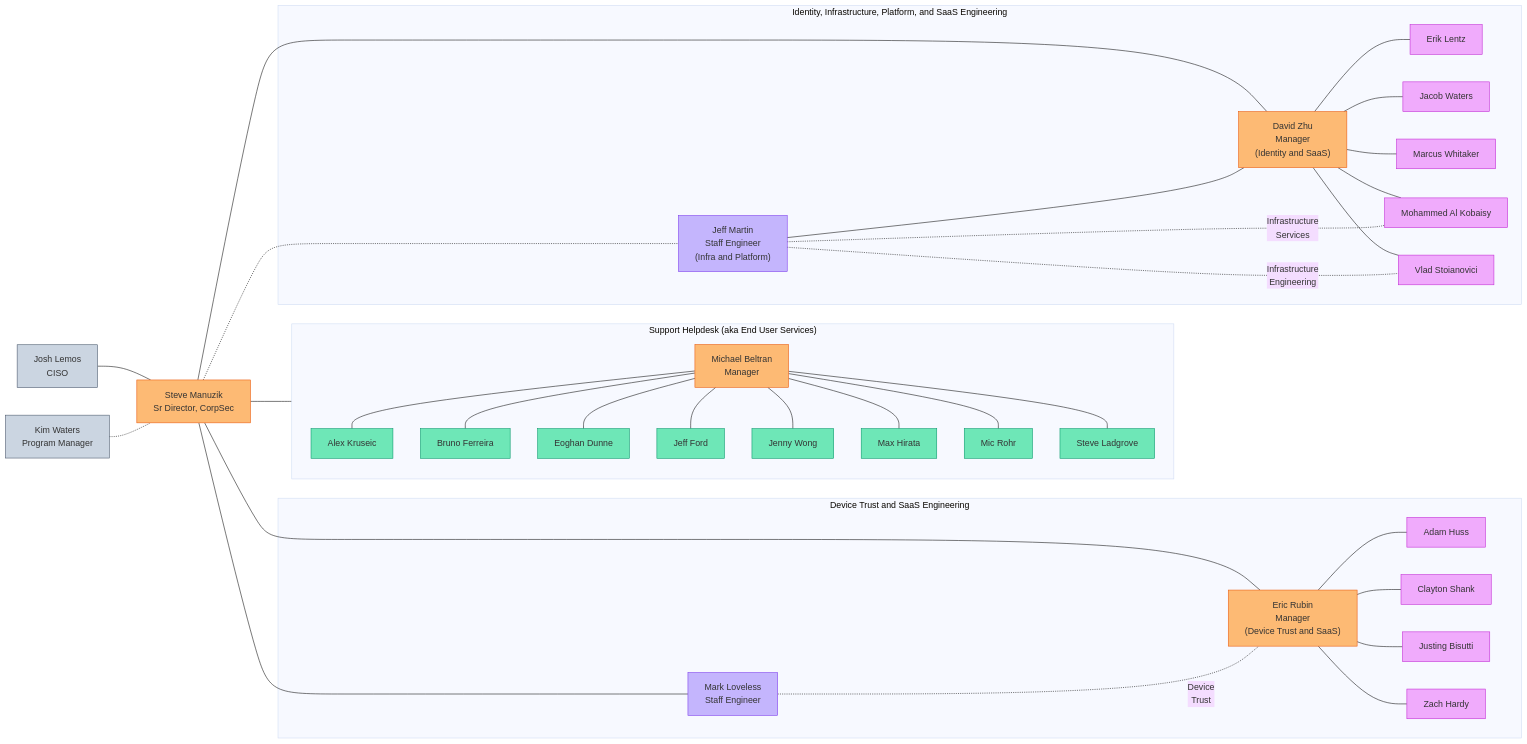
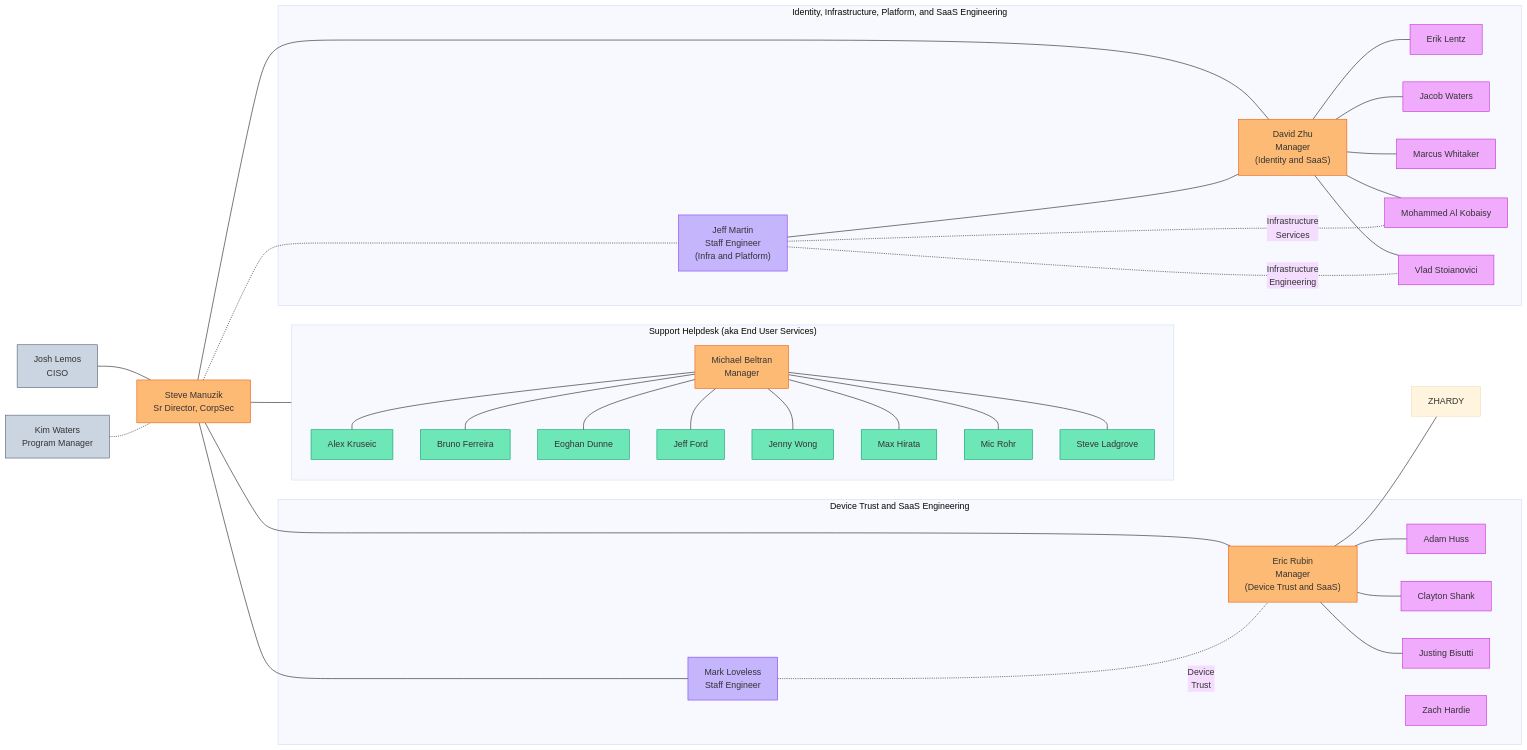
Before and after one commit to moliver28/research-handbook: the second of 2 diagrams in content/handbook/security/corporate/team/_index.md, drawn with Mermaid (base theme). The commit also changed other lines of this file and 1 other file, not shown here.

````diff
--- a/content/handbook/security/corporate/team/_index.md
+++ b/content/handbook/security/corporate/team/_index.md
@@ -513,81 +532,81 @@
 ```mermaid
 graph LR
 
 JLEMOS["Josh Lemos<br>CISO"]:::slate
 KWATERS["Kim Waters<br>Program Manager"]:::slate
 SMANZUIK["Steve Manuzik<br>Sr Director, CorpSec"]:::orange
 
 subgraph "Support Helpdesk (aka End User Services)"
 direction TB
 AKRUSIEC["Alex Kruseic"]:::emerald
 BFERREIRA["Bruno Ferreira"]:::emerald
 EDUNNE["Eoghan Dunne"]:::emerald
 JFORD["Jeff Ford"]:::emerald
 JWONG["Jenny Wong"]:::emerald
 MBELTRAN["Michael Beltran<br>Manager"]:::orange
 MHIRATA["Max Hirata"]:::emerald
 MROHR["Mic Rohr"]:::emerald
 SLADGROVE["Steve Ladgrove"]:::emerald
 end
 
 subgraph "Device Trust and SaaS Engineering"
 MLOVELESS["Mark Loveless<br>Staff Engineer"]:::violet
 AHUSS["Adam Huss"]:::fuchsia
 CSHANK["Clayton Shank"]:::fuchsia
 ERUBIN["Eric Rubin<br>Manager<br>(Device Trust and SaaS)"]:::orange
 JBISUTTI["Justing Bisutti"]:::fuchsia
-ZHARDY["Zach Hardy"]:::fuchsia
+ZHARDIE["Zach Hardie"]:::fuchsia
 end
 
 subgraph "Identity, Infrastructure, Platform, and SaaS Engineering"
 DZHU["David Zhu<br>Manager<br>(Identity and SaaS)"]:::orange
 ELENTZ["Erik Lentz"]:::fuchsia
 JWATERS["Jacob Waters"]:::fuchsia
 MWHITAKER["Marcus Whitaker"]:::fuchsia
 MALKOBAISY["Mohammed Al Kobaisy"]:::fuchsia
 VSTOIANOVICI["Vlad Stoianovici"]:::fuchsia
 JMARTIN["Jeff Martin<br>Staff Engineer<br>(Infra and Platform)"]:::violet
 end
 
 JLEMOS --- SMANZUIK
 SMANZUIK --- MBELTRAN
 SMANZUIK --- ERUBIN
 SMANZUIK --- DZHU
 KWATERS -.- SMANZUIK
 MLOVELESS -. Device<br>Trust .- ERUBIN
 
 MBELTRAN --- AKRUSIEC
 MBELTRAN --- BFERREIRA
 MBELTRAN --- EDUNNE
 MBELTRAN --- JFORD
 MBELTRAN --- JWONG
 MBELTRAN --- MHIRATA
 MBELTRAN --- MROHR
 MBELTRAN --- SLADGROVE
 
 ERUBIN --- AHUSS
 ERUBIN --- CSHANK
 ERUBIN --- ZHARDY
 ERUBIN --- JBISUTTI
 
 DZHU --- JWATERS
 DZHU --- ELENTZ
 DZHU --- MWHITAKER
 DZHU --- MALKOBAISY
 DZHU --- VSTOIANOVICI
 JMARTIN --- DZHU
 SMANZUIK --- MLOVELESS
 SMANZUIK -.- JMARTIN
 JMARTIN -. Infrastructure<br>Services .- MALKOBAISY
 JMARTIN -. Infrastructure<br>Engineering .- VSTOIANOVICI
 
 classDef slate fill:#cbd5e1,stroke:#475569,stroke-width:1px;
 classDef red fill:#fca5a5,stroke:#dc2626,stroke-width:1px;
 classDef orange fill:#fdba74,stroke:#ea580c,stroke-width:1px;
 classDef yellow fill:#fcd34d,stroke:#ca8a04,stroke-width:1px;
 classDef emerald fill:#6ee7b7,stroke:#059669,stroke-width:1px;
 classDef cyan fill:#67e8f9,stroke:#0891b2,stroke-width:1px;
 classDef sky fill:#7dd3fc,stroke:#0284c7,stroke-width:1px;
 classDef violet fill:#c4b5fd,stroke:#7c3aed,stroke-width:1px;
 classDef fuchsia fill:#f0abfc,stroke:#c026d3,stroke-width:1px;
 ```
````
